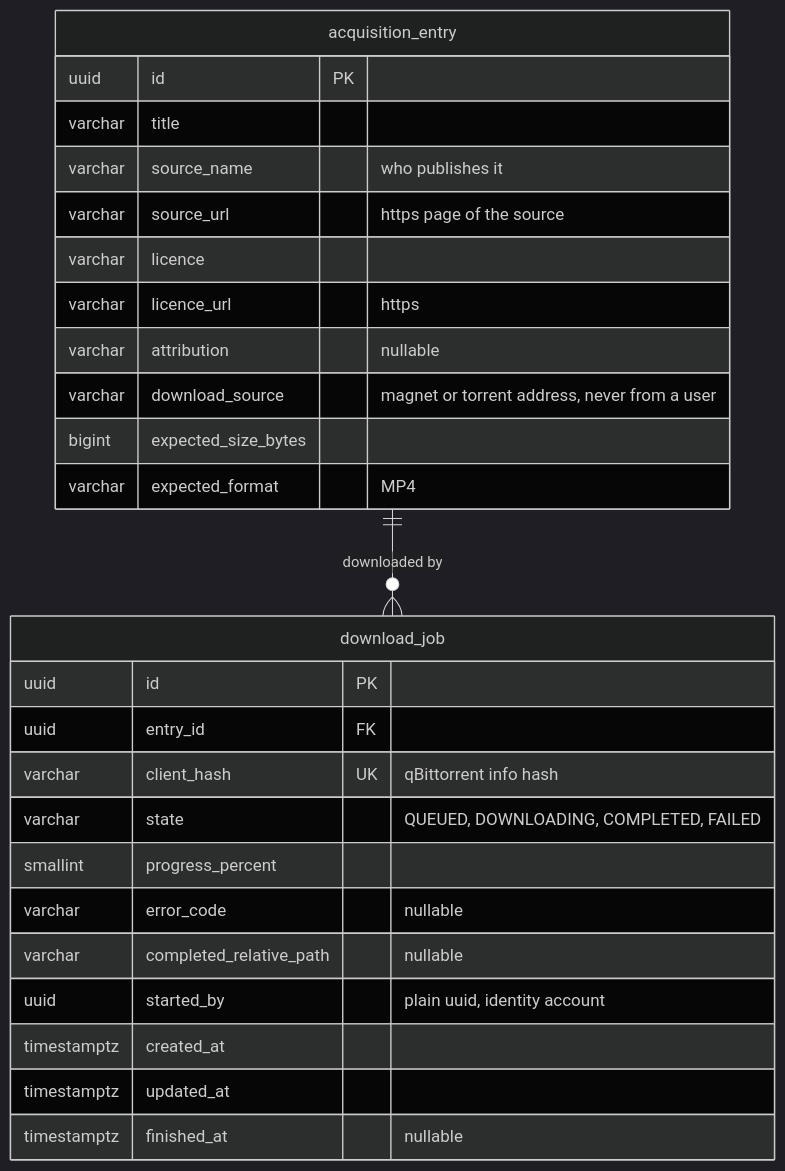
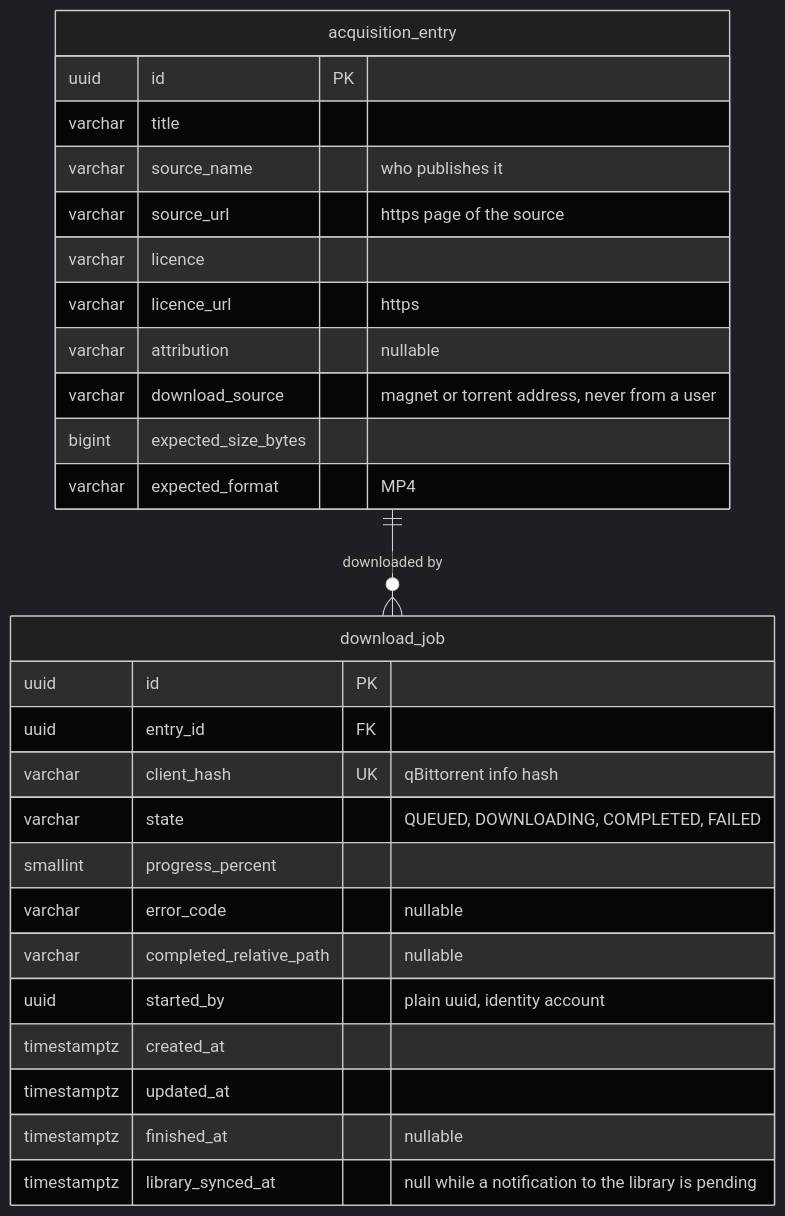
One commit to ClaymeCall/holbertonschool-homeflix-project changed the third of 3 diagrams in docs/architecture/data-model.md. Above: the diagram before and after it, drawn with Mermaid (dark theme). The commit also changed other lines of this file and 7 other files, not shown here.

````diff
--- a/docs/architecture/data-model.md
+++ b/docs/architecture/data-model.md
@@ -155,30 +155,31 @@
 ```mermaid
 erDiagram
     acquisition_entry ||--o{ download_job : "downloaded by"
 
     acquisition_entry {
         uuid id PK
         varchar title
         varchar source_name "who publishes it"
         varchar source_url "https page of the source"
         varchar licence
         varchar licence_url "https"
         varchar attribution "nullable"
         varchar download_source "magnet or torrent address, never from a user"
         bigint expected_size_bytes
         varchar expected_format "MP4"
     }
     download_job {
         uuid id PK
         uuid entry_id FK
         varchar client_hash UK "qBittorrent info hash"
         varchar state "QUEUED, DOWNLOADING, COMPLETED, FAILED"
         smallint progress_percent
         varchar error_code "nullable"
         varchar completed_relative_path "nullable"
         uuid started_by "plain uuid, identity account"
         timestamptz created_at
         timestamptz updated_at
         timestamptz finished_at "nullable"
+        timestamptz library_synced_at "null while a notification to the library is pending"
     }
 ```
````
